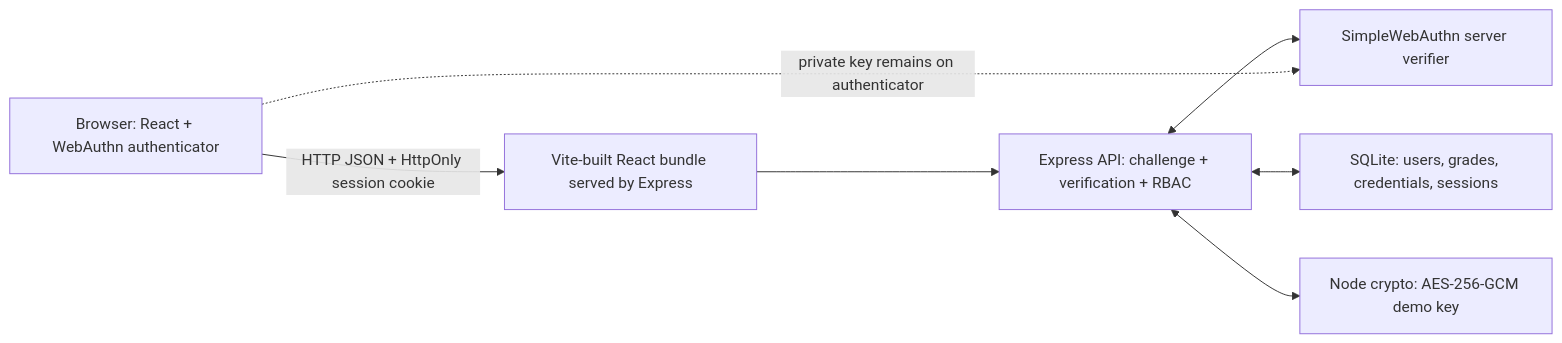
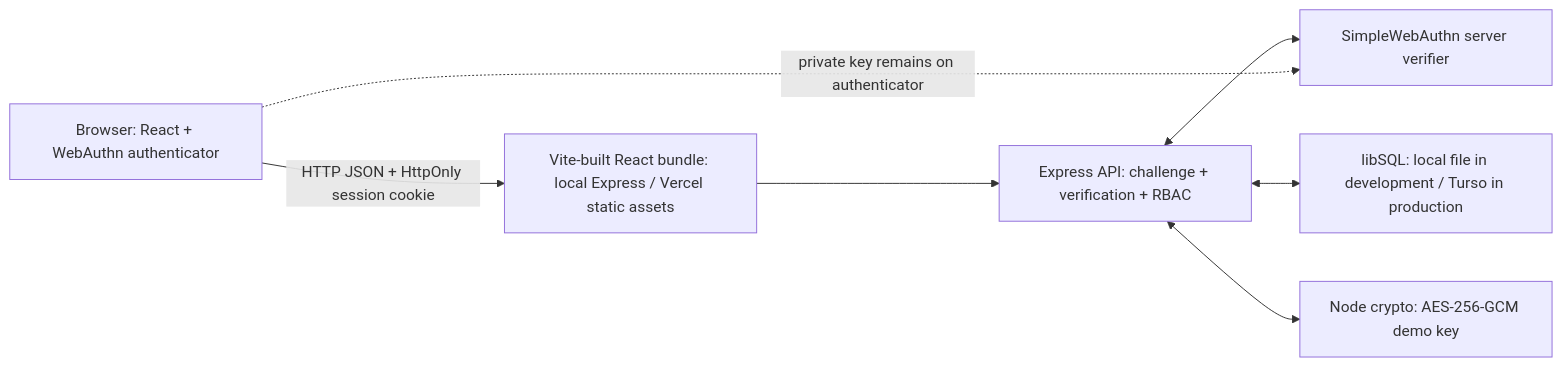
Before and after one commit to Furairah3/campus-academic-portal: the diagram in docs/technical-notes.md, drawn with Mermaid. The commit also changed other lines of this file and 9 other files, not shown here.

Commit message:
feat: prepare portal for Vercel and Turso

````diff
--- a/docs/technical-notes.md
+++ b/docs/technical-notes.md
@@ -5,14 +5,14 @@
 ```mermaid
 flowchart LR
   B[Browser: React + WebAuthn authenticator]
-  V[Vite-built React bundle served by Express]
+  V[Vite-built React bundle: local Express / Vercel static assets]
   E[Express API: challenge + verification + RBAC]
   W[SimpleWebAuthn server verifier]
-  S[SQLite: users, grades, credentials, sessions]
+  S[libSQL: local file in development / Turso in production]
   C[Node crypto: AES-256-GCM demo key]
   B -->|HTTP JSON + HttpOnly session cookie| V --> E
   E <--> W
   E <--> S
   E <--> C
   B -. private key remains on authenticator .-> W
 ```
````
